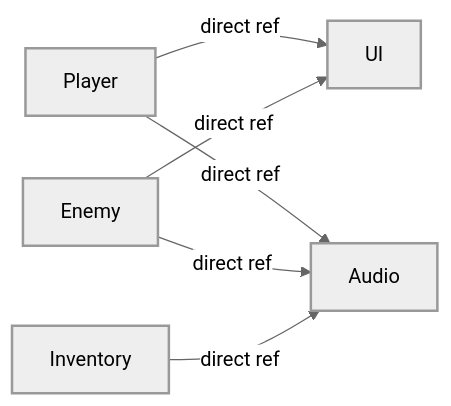
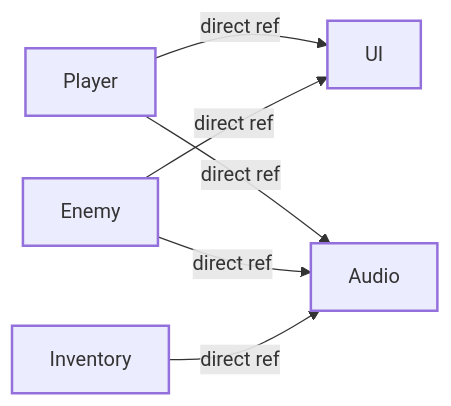
The first of 7 diagrams in docs/getting-started/visual-guide.md (wallstop/DxMessaging), drawn with Mermaid before and after one commit. The commit also changed other lines of this file and 54 other files, not shown here.

````diff
--- a/docs/getting-started/visual-guide.md
+++ b/docs/getting-started/visual-guide.md
@@ -9,20 +9,19 @@
 ```mermaid
-%%{init: {'theme': 'neutral'}}%%
-graph LR
+flowchart LR
     Player[Player]
     Enemy[Enemy]
     Inventory[Inventory]
     UI[UI]
     Audio[Audio]
 
     Player -->|direct ref| UI
     Player -->|direct ref| Audio
     Enemy -->|direct ref| UI
     Enemy -->|direct ref| Audio
     Inventory -->|direct ref| Audio
 
     classDef danger stroke-width:2px
     class Player,Enemy,Inventory danger
     classDef success stroke-width:2px
     class UI,Audio success
 ```
````
